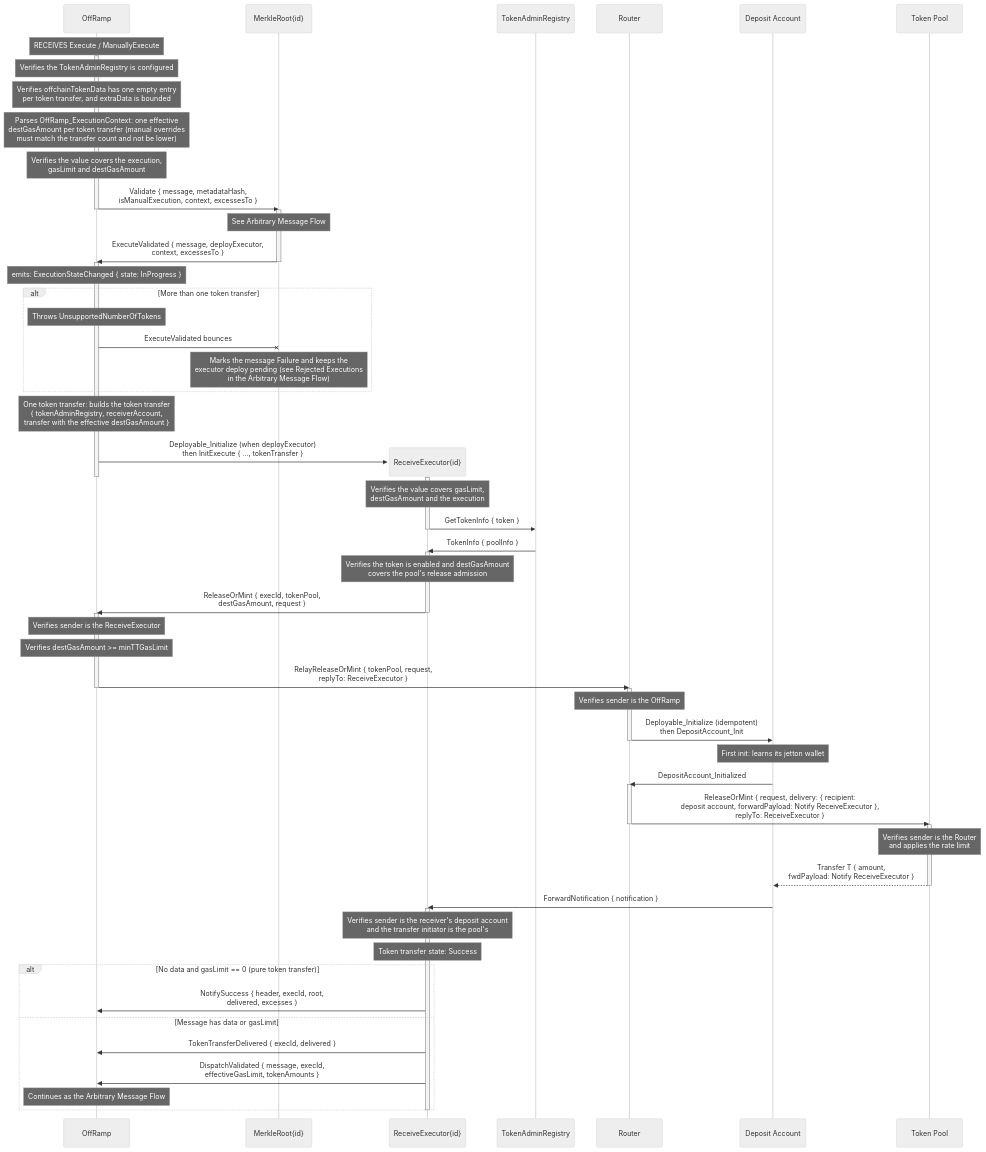
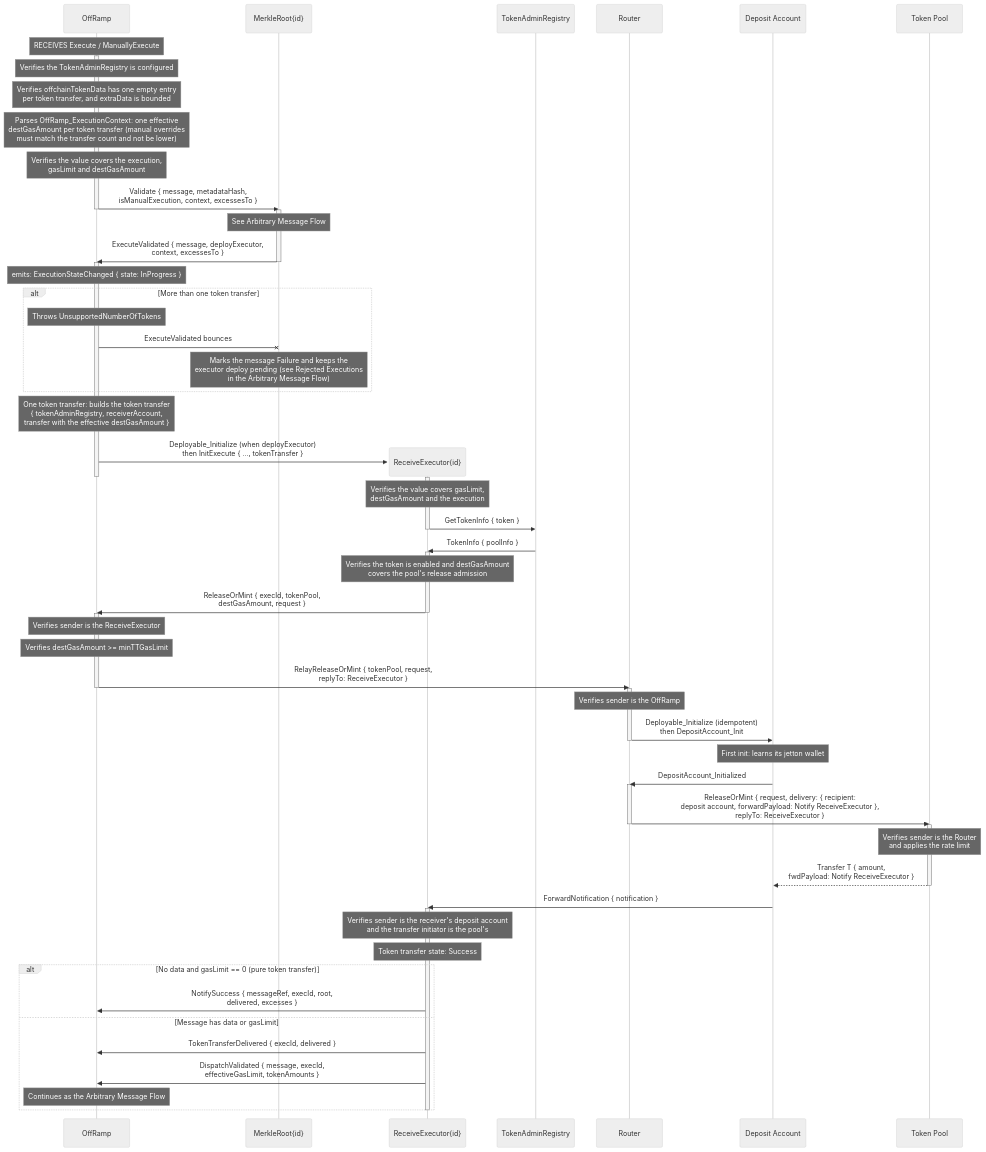
Before and after one commit to smartcontractkit/chainlink-ton: the second of 3 diagrams in docs/contracts/overview/ccip/offramp/token-transfer.md, drawn with Mermaid (neutral theme). The commit also changed 14 other files, not shown here.

Commit message:
ref: duplicate data with `header`

```diff
--- a/docs/contracts/overview/ccip/offramp/token-transfer.md
+++ b/docs/contracts/overview/ccip/offramp/token-transfer.md
@@ -115,7 +115,7 @@
     Note over RE: Verifies sender is the receiver's deposit account<br>and the transfer initiator is the pool's
     Note over RE: Token transfer state: Success
     alt No data and gasLimit == 0 (pure token transfer)
-    RE ->> OR: NotifySuccess { header, execId, root,<br>delivered, excesses }
+    RE ->> OR: NotifySuccess { messageRef, execId, root,<br>delivered, excesses }
     else Message has data or gasLimit
     RE ->> OR: TokenTransferDelivered { execId, delivered }
     RE ->> OR: DispatchValidated { message, execId,<br>effectiveGasLimit, tokenAmounts }
```
